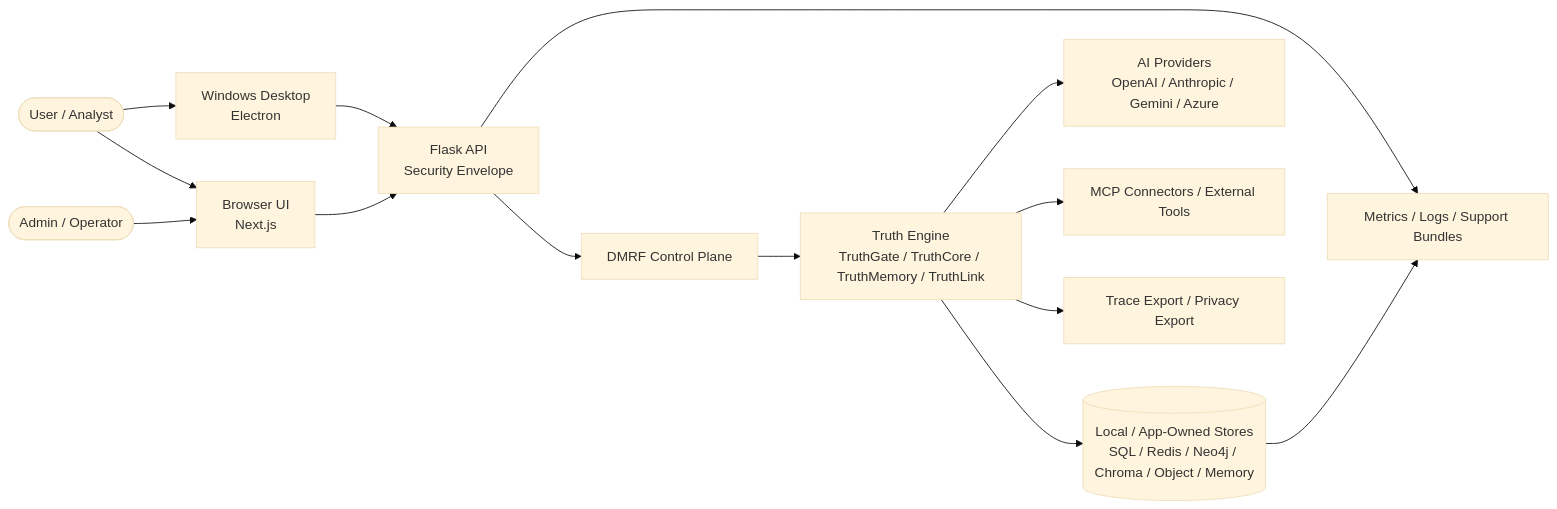
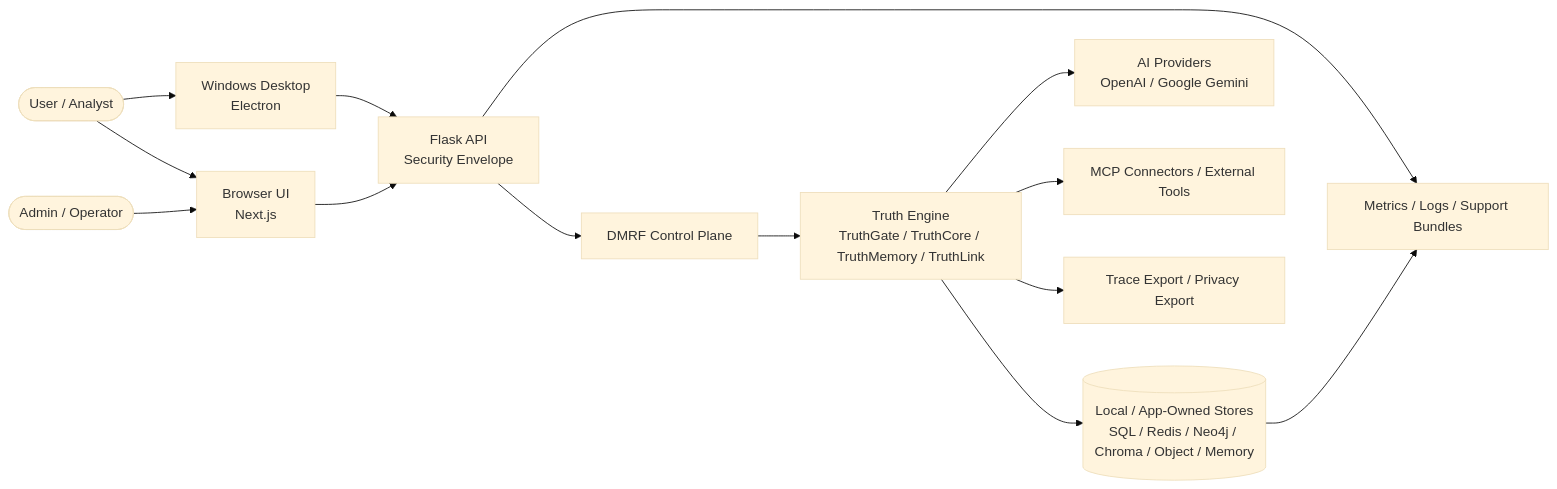
The first of 10 diagrams in docs/DATA_FLOW_DIAGRAMS.md (kherrera6219/DataLogicEngine), drawn with Mermaid (base theme) before and after one commit. The commit also changed other lines of this file and 41 other files, not shown here.

````diff
--- a/docs/DATA_FLOW_DIAGRAMS.md
+++ b/docs/DATA_FLOW_DIAGRAMS.md
@@ -48,29 +48,29 @@
 ```mermaid
 flowchart LR
     USER([User / Analyst])
     ADMIN([Admin / Operator])
     DESKTOP[Windows Desktop\nElectron]
     BROWSER[Browser UI\nNext.js]
     API[Flask API\nSecurity Envelope]
     DMRF[DMRF Control Plane]
     TRUTH[Truth Engine\nTruthGate / TruthCore / TruthMemory / TruthLink]
     DATA[(Local / App-Owned Stores\nSQL / Redis / Neo4j / Chroma / Object / Memory)]
-    PROVIDERS[AI Providers\nOpenAI / Anthropic / Gemini / Azure]
+    PROVIDERS[AI Providers\nOpenAI / Google Gemini]
     MCP[MCP Connectors / External Tools]
     EXPORT[Trace Export / Privacy Export]
     OPS[Metrics / Logs / Support Bundles]
 
     USER --> DESKTOP
     USER --> BROWSER
     ADMIN --> BROWSER
     DESKTOP --> API
     BROWSER --> API
     API --> DMRF
     DMRF --> TRUTH
     TRUTH --> DATA
     TRUTH --> PROVIDERS
     TRUTH --> MCP
     TRUTH --> EXPORT
     API --> OPS
     DATA --> OPS
 ```
````
